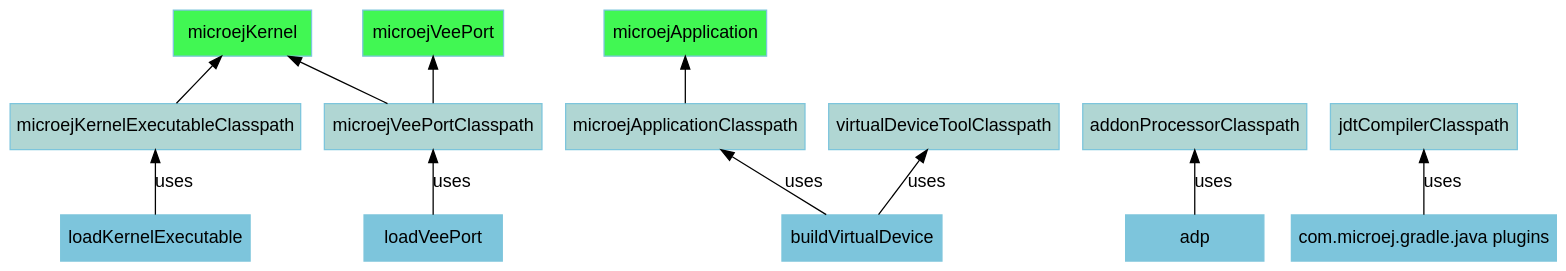
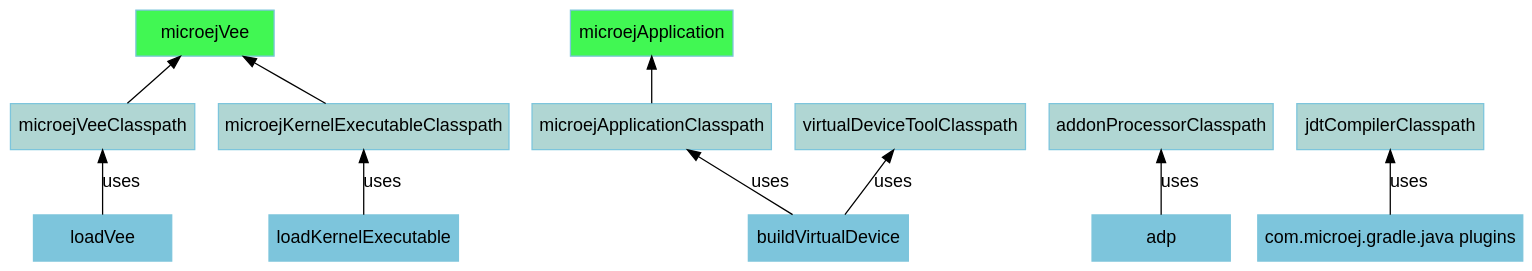
The diagram in SDK6UserGuide/appendix/graphConfigurations.dot (MicroEJ/docs), drawn with Graphviz before and after one commit. The commit also changed 11 other files, not shown here.

Commit message:
unify microejVeePort and microejKernel into microejVee

```diff
--- a/SDK6UserGuide/appendix/graphConfigurations.dot
+++ b/SDK6UserGuide/appendix/graphConfigurations.dot
@@ -1,33 +1,31 @@
 digraph mygraph {
     rankdir="BT";
     bgcolor="transparent"
     fontname="Helvetica,Arial,sans-serif"
     node [
         shape = box
         width = 1.5
         color = "#7dc5dc"
         style = filled
         fontname="Helvetica,Arial,sans-serif"
     ]
     edge [fontname="Helvetica,Arial,sans-serif"]
-    "microejVeePort" [fillcolor = "#41f753"]
-    "microejKernel" [fillcolor = "#41f753"]
+    "microejVee" [fillcolor = "#41f753"]
     "microejApplication" [fillcolor = "#41f753"]
     "microejApplicationClasspath" [fillcolor = "#b0d6d3"]
-    "microejVeePortClasspath" [fillcolor = "#b0d6d3"]
+    "microejVeeClasspath" [fillcolor = "#b0d6d3"]
     "microejKernelExecutableClasspath" [fillcolor = "#b0d6d3"]
     "virtualDeviceToolClasspath" [fillcolor = "#b0d6d3"]
     "addonProcessorClasspath" [fillcolor = "#b0d6d3"]
     "jdtCompilerClasspath" [fillcolor = "#b0d6d3"]
 
-    "loadVeePort" -> "microejVeePortClasspath" [ label="uses" ]
-    "microejVeePortClasspath" -> "microejVeePort"
-    "microejVeePortClasspath" -> "microejKernel"
+    "loadVee" -> "microejVeeClasspath" [ label="uses" ]
+    "microejVeeClasspath" -> "microejVee"
     "loadKernelExecutable" -> "microejKernelExecutableClasspath" [ label="uses" ]
-    "microejKernelExecutableClasspath" -> "microejKernel"
+    "microejKernelExecutableClasspath" -> "microejVee"
     "buildVirtualDevice" -> "microejApplicationClasspath" [ label="uses" ]
     "buildVirtualDevice" -> "virtualDeviceToolClasspath" [ label="uses" ]
     "microejApplicationClasspath" -> "microejApplication"
     "adp" -> "addonProcessorClasspath" [ label="uses" ]
     "com.microej.gradle.java plugins" -> "jdtCompilerClasspath" [ label="uses" ]
 }
```
